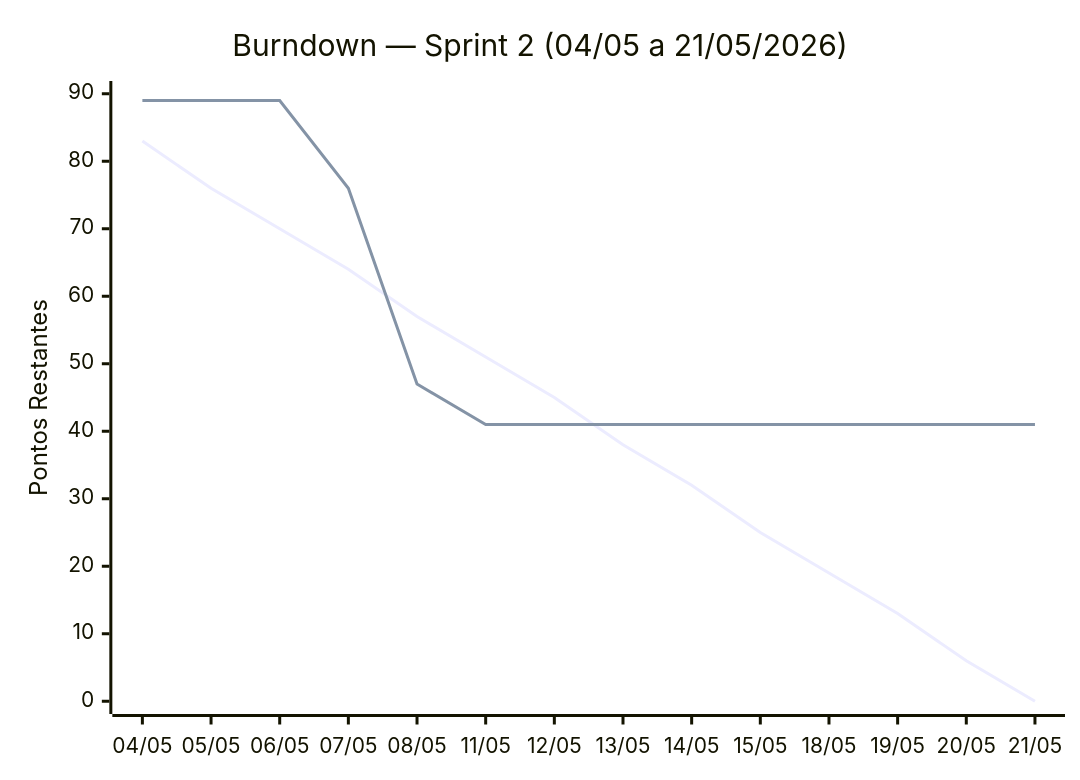
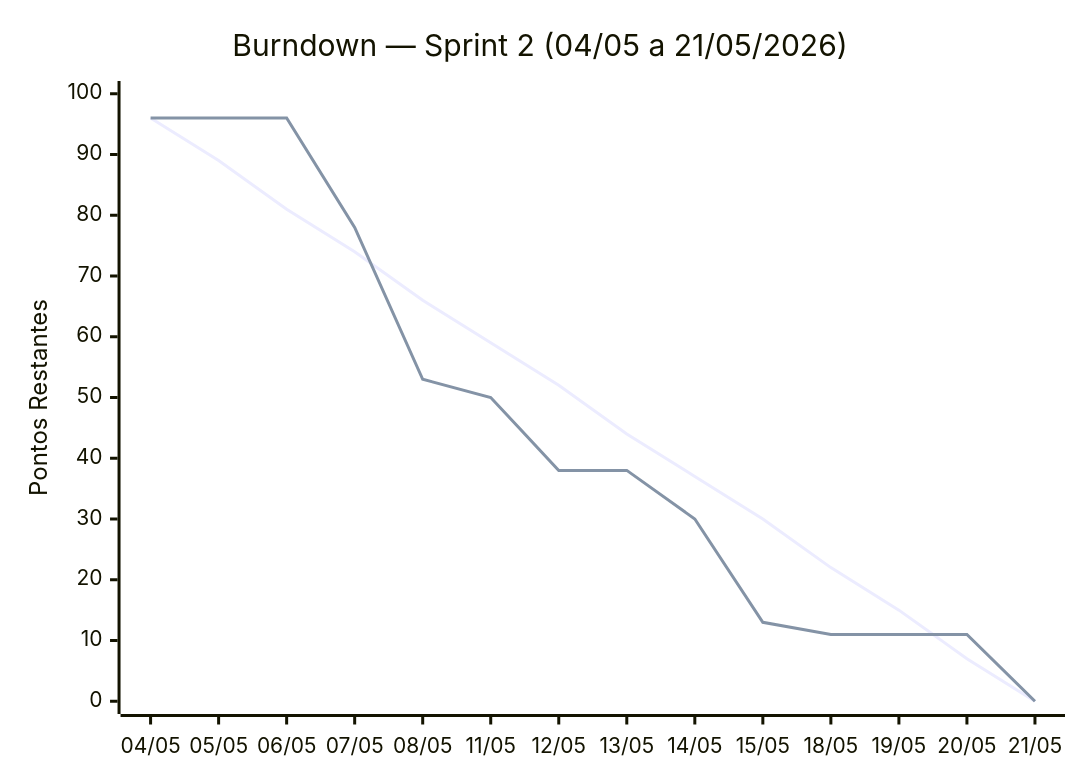
The diagram in docs/scrum/sprint-2/sprint-2.md (DEVassos/scrum-flow-abp), drawn with Mermaid before and after one commit. The commit also changed other lines of this file and 3 other files, not shown here.

````diff
--- a/docs/scrum/sprint-2/sprint-2.md
+++ b/docs/scrum/sprint-2/sprint-2.md
@@ -68,8 +71,8 @@
 ```mermaid
 xychart-beta
     title "Burndown — Sprint 2 (04/05 a 21/05/2026)"
     x-axis ["04/05", "05/05", "06/05", "07/05", "08/05", "11/05", "12/05", "13/05", "14/05", "15/05", "18/05", "19/05", "20/05", "21/05"]
-    y-axis "Pontos Restantes" 0 --> 90
-    line [83, 76, 70, 64, 57, 51, 45, 38, 32, 25, 19, 13, 6, 0]
-    line [89, 89, 89, 76, 47, 41, 41, 41, 41, 41, 41, 41, 41, 41]
+    y-axis "Pontos Restantes" 0 --> 100
+    line [96, 89, 81, 74, 66, 59, 52, 44, 37, 30, 22, 15, 7, 0]
+    line [96, 96, 96, 78, 53, 50, 38, 38, 30, 13, 11, 11, 11, 0]
 ```
````
